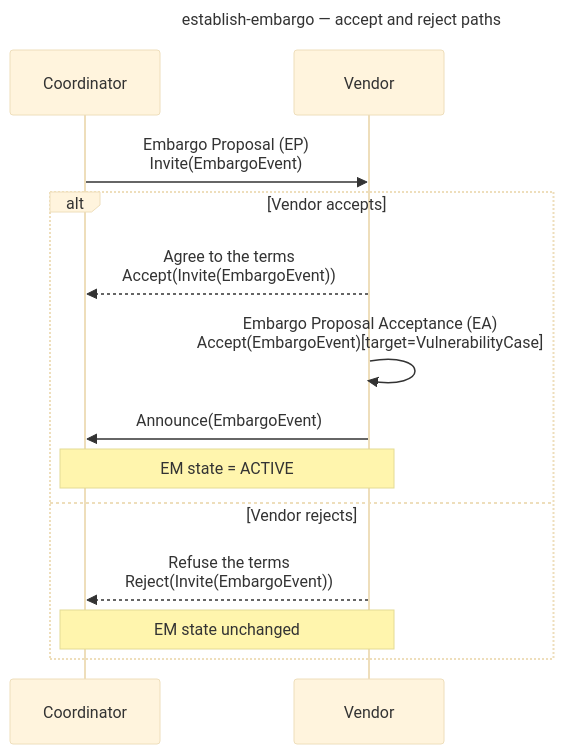
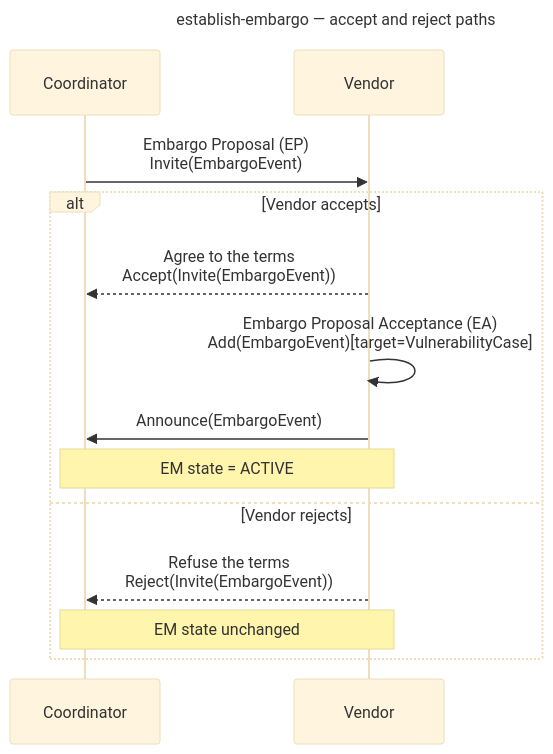
The fifth of 9 diagrams in docs/tutorials/other_demos.md (CERTCC/Vultron), drawn with Mermaid (base theme) before and after one commit. The commit also changed other lines of this file and 109 other files, not shown here.

First line of the commit message:
feat(embargo): the case owner activates with Add(EmbargoEvent) and names the proposal

````diff
--- a/docs/tutorials/other_demos.md
+++ b/docs/tutorials/other_demos.md
@@ -270,19 +270,19 @@
 ```mermaid
 ---
 title: establish-embargo — accept and reject paths
 ---
 sequenceDiagram
     participant C as Coordinator
     participant V as Vendor
 
     C->>V: Embargo Proposal (EP)<br/>Invite(EmbargoEvent)
     alt Vendor accepts
         V-->>C: Agree to the terms<br/>Accept(Invite(EmbargoEvent))
-        V->>V: Embargo Proposal Acceptance (EA)<br/>Accept(EmbargoEvent)[target=VulnerabilityCase]
+        V->>V: Embargo Proposal Acceptance (EA)<br/>Add(EmbargoEvent)[target=VulnerabilityCase]
         V->>C: Announce(EmbargoEvent)
         Note over C,V: EM state = ACTIVE
     else Vendor rejects
         V-->>C: Refuse the terms<br/>Reject(Invite(EmbargoEvent))
         Note over C,V: EM state unchanged
     end
 ```
````
